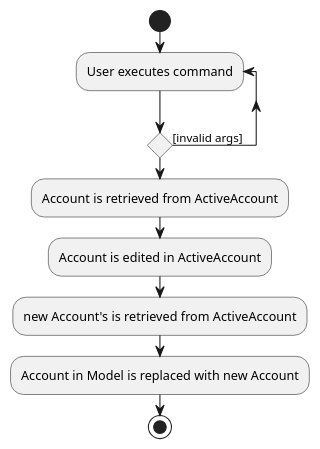
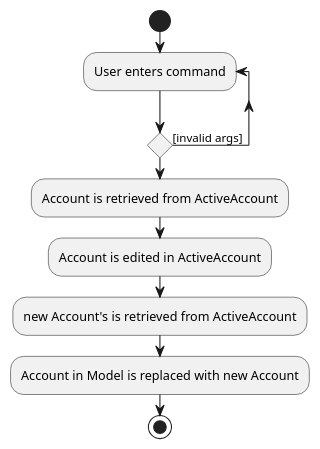
Before and after one commit to nus-cs2103-AY2021S1/tp: the diagram in docs/diagrams/EditAccountActivityDiagram.puml, drawn with PlantUML. The commit also changed 5 other files, not shown here.

Commit message:
Add pic of Find's Sequence and activity diagram

```diff
--- a/docs/diagrams/EditAccountActivityDiagram.puml
+++ b/docs/diagrams/EditAccountActivityDiagram.puml
@@ -1,13 +1,13 @@
 @startuml
 start
-repeat :User executes command;
+repeat :User enters command;
 repeat  while () is ([invalid args])
 'Since the beta syntax does not support placing the condition outside the
 'diamond we place it as the true branch instead.
 :Account is retrieved from ActiveAccount;
 :Account is edited in ActiveAccount;
 :new Account's is retrieved from ActiveAccount;
 :Account in Model is replaced with new Account;
 
 stop
 @enduml
```
